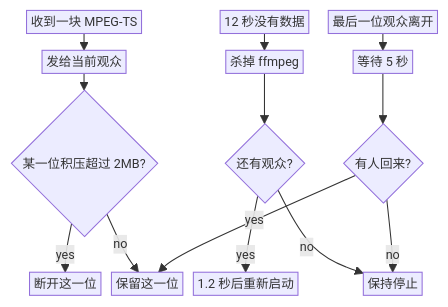
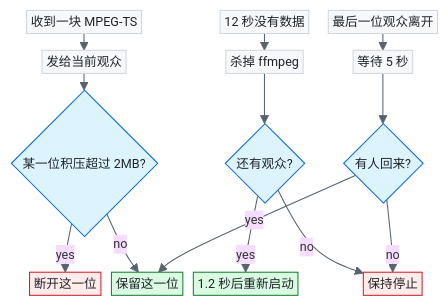
The second of 2 diagrams in README.zh.md (SparkTheCreater/camera-wall), drawn with Mermaid before and after one commit. The commit also changed other lines of this file and 1 other file, not shown here.

Commit message:
把 README 的流程图改成 GitHub 的界面配色。
普通步骤用灰，判断用蓝，继续用绿，停止用红。时序图用同一套灰和黄。

````diff
--- a/README.zh.md
+++ b/README.zh.md
@@ -110,16 +110,24 @@
 ```mermaid
-%%{init: {'themeVariables': {'fontSize': '12px'}, 'flowchart': {'useMaxWidth': false, 'nodeSpacing': 10, 'rankSpacing': 16, 'padding': 2}}}%%
+%%{init: {'theme': 'base', 'themeVariables': {'fontSize': '12px', 'fontFamily': '-apple-system, BlinkMacSystemFont, Segoe UI, Helvetica, Arial, sans-serif', 'background': '#ffffff', 'lineColor': '#59636e', 'textColor': '#1f2328'}, 'flowchart': {'useMaxWidth': false, 'nodeSpacing': 10, 'rankSpacing': 16, 'padding': 2}}}%%
 flowchart TD
   chunk["收到一块 MPEG-TS"] --> fanout["发给当前观众"]
   fanout --> slow{"某一位积压超过 2MB?"}
   slow -->|yes| drop["断开这一位"]
   slow -->|no| keep["保留这一位"]
   stall["12 秒没有数据"] --> kill["杀掉 ffmpeg"]
   kill --> viewers{"还有观众?"}
   viewers -->|yes| again["1.2 秒后重新启动"]
   viewers -->|no| stopped["保持停止"]
   leave["最后一位观众离开"] --> wait["等待 5 秒"]
   wait --> returned{"有人回来?"}
   returned -->|yes| keep
   returned -->|no| stopped
+  classDef plain fill:#f6f8fa,stroke:#d0d7de,color:#1f2328
+  classDef ask fill:#ddf4ff,stroke:#0969da,color:#1f2328
+  classDef go fill:#dafbe1,stroke:#1a7f37,color:#1f2328
+  classDef stop fill:#ffebe9,stroke:#cf222e,color:#1f2328
+  class chunk,fanout,stall,kill,leave,wait plain
+  class slow,viewers,returned ask
+  class keep,again go
+  class drop,stopped stop
 ```
````
